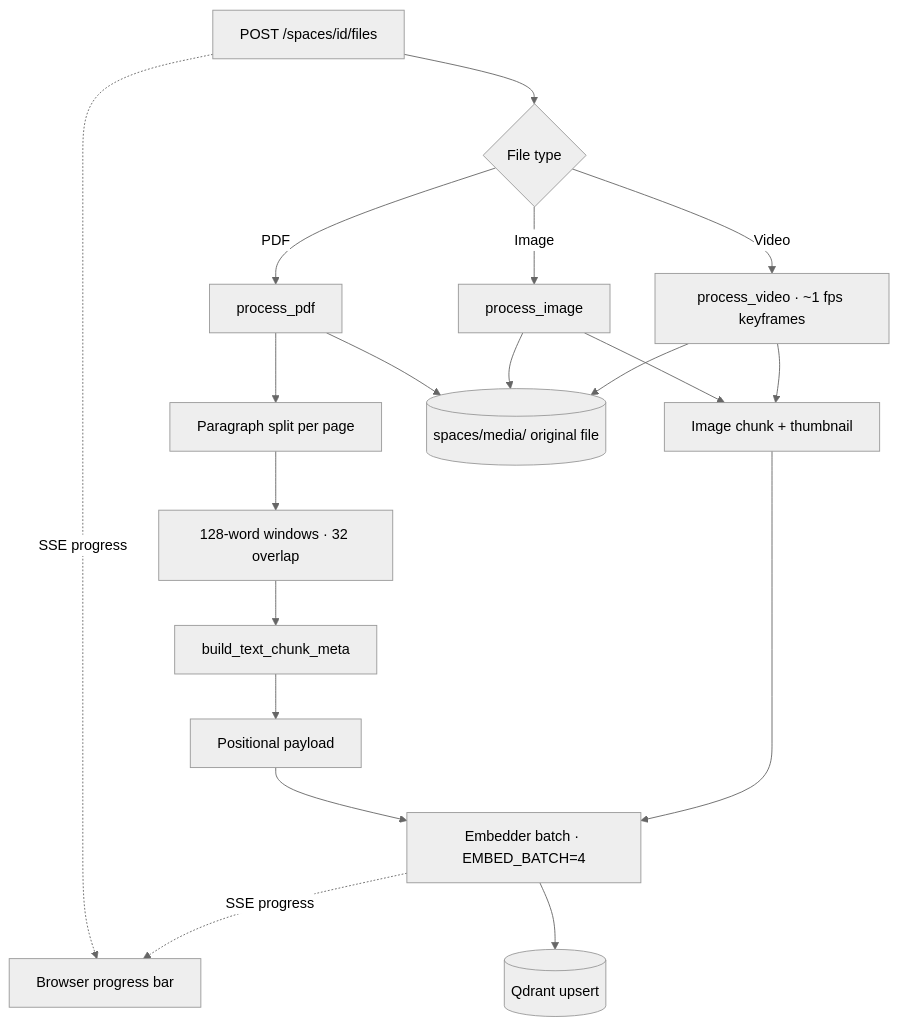
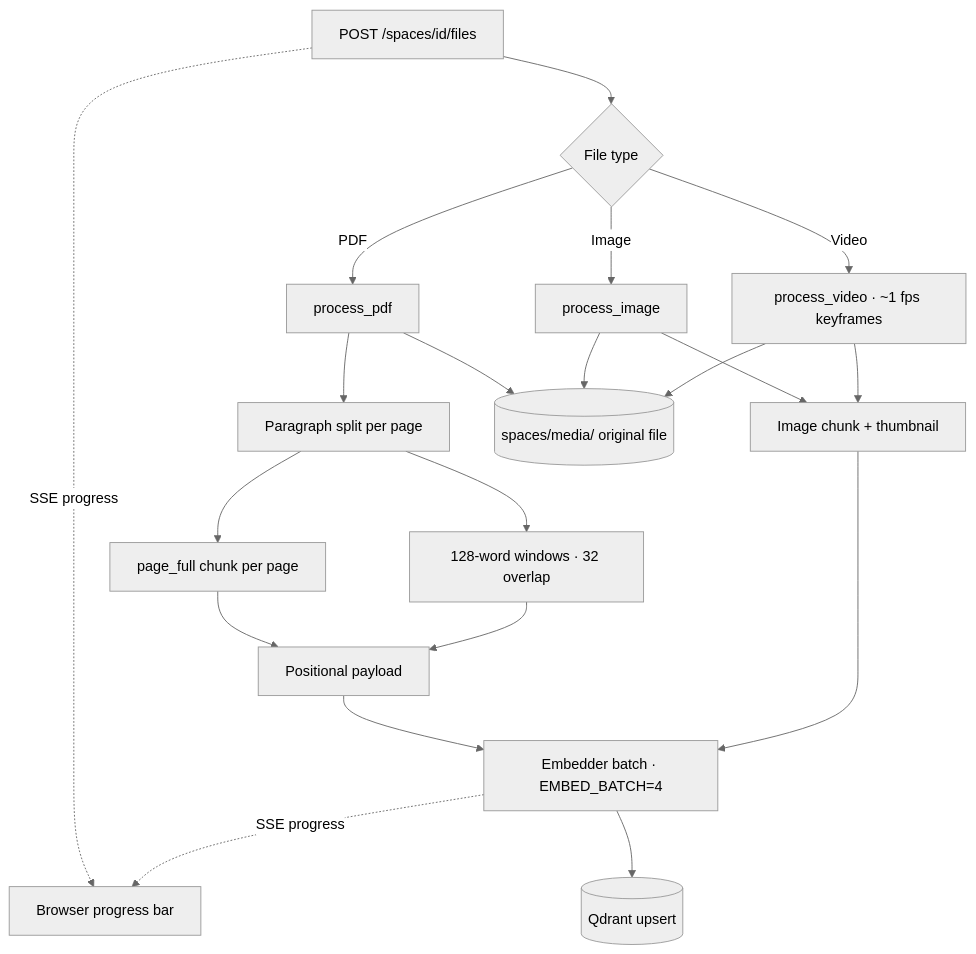
Before and after one commit to arshiatehrani/local-multimodal-rag: the third of 17 diagrams in README.md, drawn with Mermaid (neutral theme). The commit also changed other lines of this file and 10 other files, not shown here.

````diff
--- a/README.md
+++ b/README.md
@@ -234,25 +236,25 @@
 ```mermaid
 flowchart TD
   A[POST /spaces/id/files] --> B{File type}
   B -->|PDF| C[process_pdf]
   B -->|Image| D[process_image]
   B -->|Video| E[process_video · ~1 fps keyframes]
 
   C --> F[Paragraph split per page]
+  F --> PF[page_full chunk per page]
   F --> G[128-word windows · 32 overlap]
-  G --> H[build_text_chunk_meta]
-  H --> I[Positional payload]
+  PF --> H[Positional payload]
+  G --> H
+  H --> K[Embedder batch · EMBED_BATCH=4]
 
   D --> J[Image chunk + thumbnail]
   E --> J
-
-  I --> K[Embedder batch · EMBED_BATCH=4]
   J --> K
   K --> L[(Qdrant upsert)]
   C --> M[(spaces/media/ original file)]
   D --> M
   E --> M
 
   A -.->|SSE progress| UI[Browser progress bar]
   K -.->|SSE progress| UI
 ```
````
